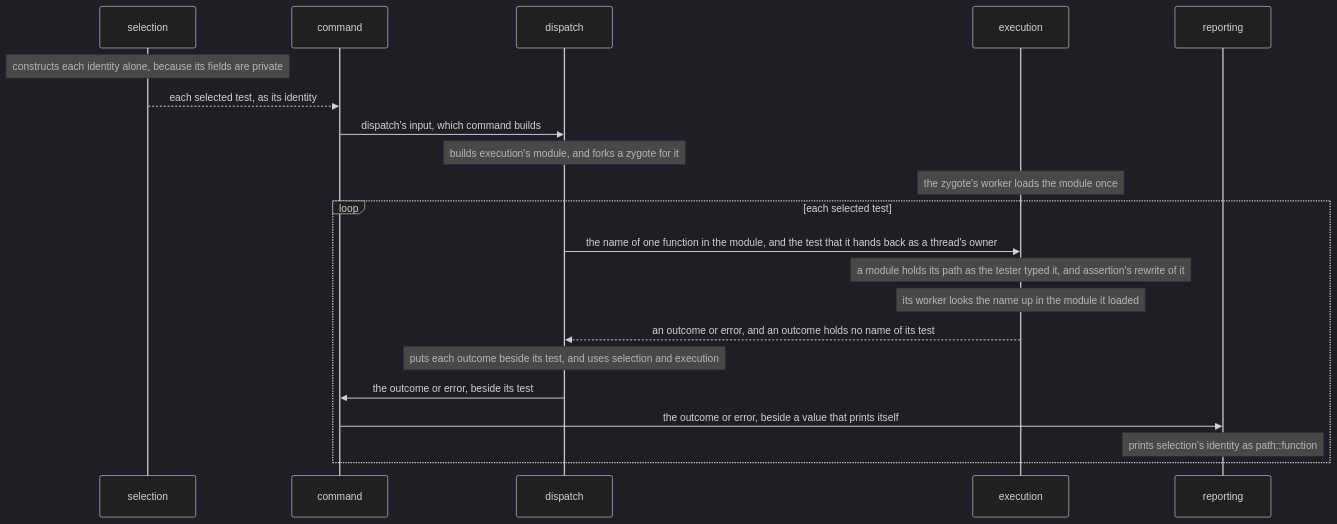
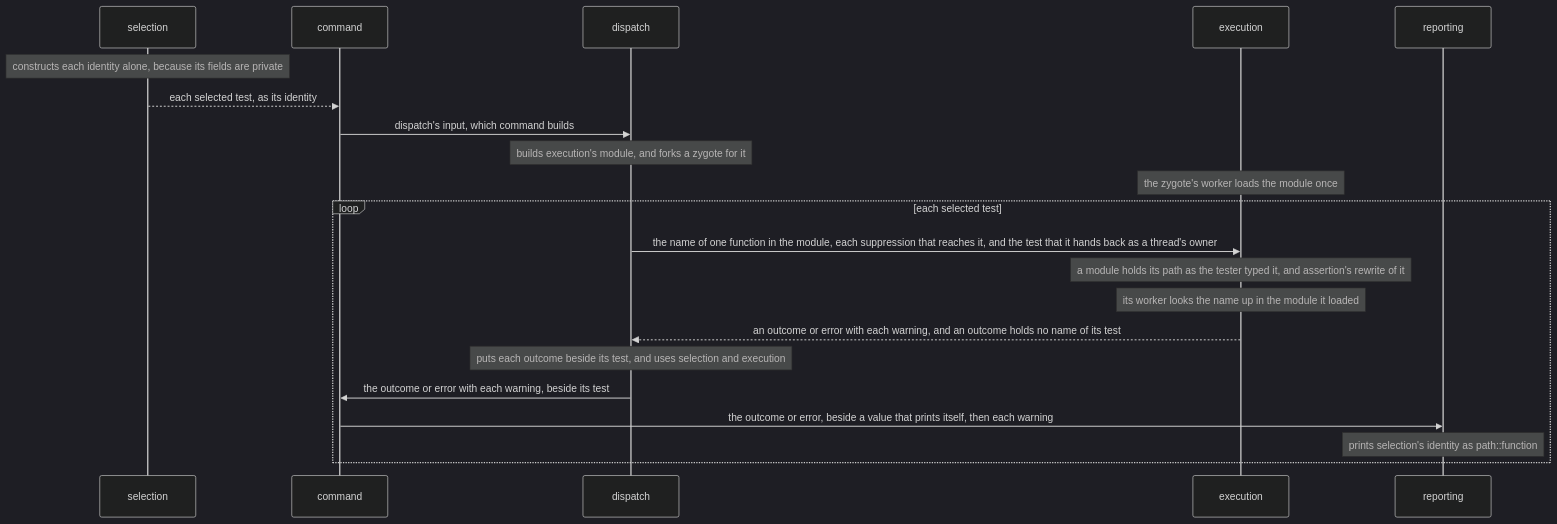
Before and after one commit to kalonji-tools/purba: the diagram in docs/decisions/execution-calls-a-test-by-its-functions-name.md, drawn with Mermaid (dark theme). The commit also changed 14 other files, not shown here.

````diff
--- a/docs/decisions/execution-calls-a-test-by-its-functions-name.md
+++ b/docs/decisions/execution-calls-a-test-by-its-functions-name.md
@@ -32,23 +32,23 @@
 ```mermaid
 sequenceDiagram
   participant selection
   participant command
   participant dispatch
   participant execution
   participant reporting
   Note over selection: constructs each identity alone, because its fields are private
   selection-->>command: each selected test, as its identity
   command->>dispatch: dispatch's input, which command builds
   Note over dispatch: builds execution's module, and forks a zygote for it
   Note over execution: the zygote's worker loads the module once
   loop each selected test
-    dispatch->>execution: the name of one function in the module, and the test that it hands back as a thread's owner
+    dispatch->>execution: the name of one function in the module, each suppression that reaches it, and the test that it hands back as a thread's owner
     Note over execution: a module holds its path as the tester typed it, and assertion's rewrite of it
     Note over execution: its worker looks the name up in the module it loaded
-    execution-->>dispatch: an outcome or error, and an outcome holds no name of its test
+    execution-->>dispatch: an outcome or error with each warning, and an outcome holds no name of its test
     Note over dispatch: puts each outcome beside its test, and uses selection and execution
-    dispatch->>command: the outcome or error, beside its test
-    command->>reporting: the outcome or error, beside a value that prints itself
+    dispatch->>command: the outcome or error with each warning, beside its test
+    command->>reporting: the outcome or error, beside a value that prints itself, then each warning
     Note over reporting: prints selection's identity as path::function
   end
 ```
````
